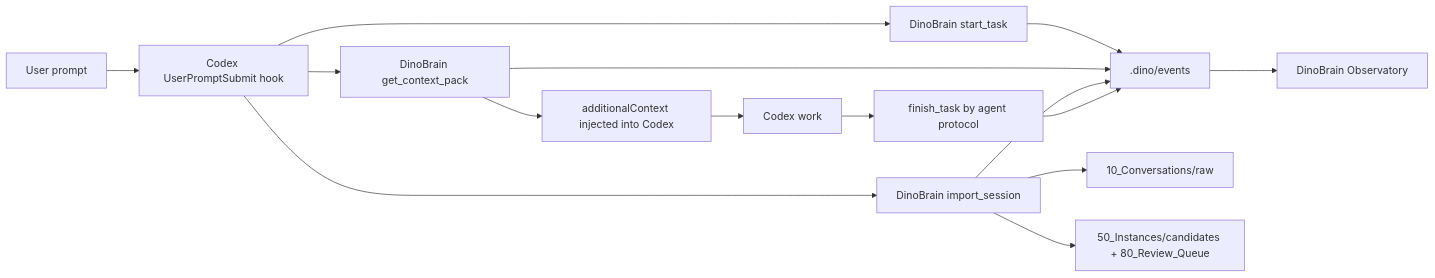
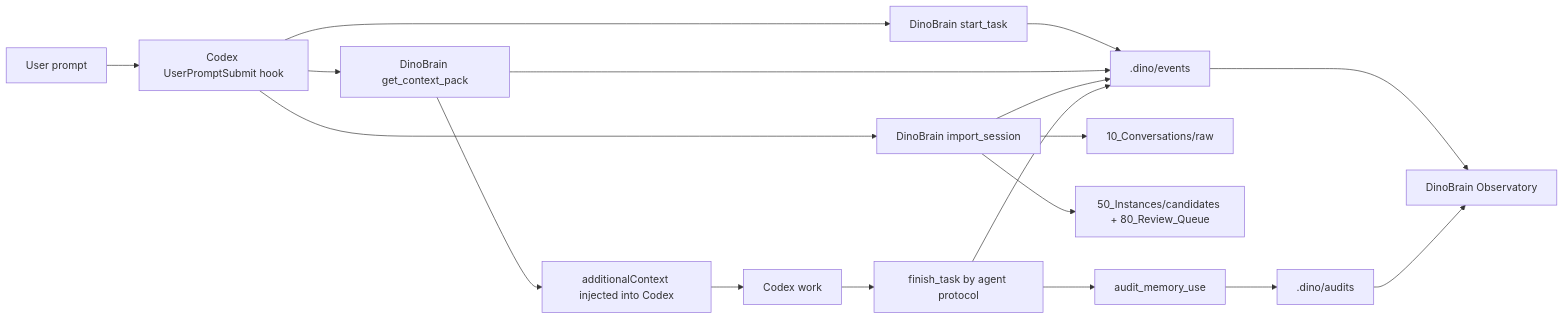
The diagram in docs/CODEX_HOOKS.md (clockmansy/dinobrain), drawn with Mermaid before and after one commit. The commit also changed other lines of this file and 16 other files, not shown here.

Commit message:
feat: add memory use audit

````diff
--- a/docs/CODEX_HOOKS.md
+++ b/docs/CODEX_HOOKS.md
@@ -12,17 +12,20 @@
 ```mermaid
 flowchart LR
   user["User prompt"] --> hook["Codex UserPromptSubmit hook"]
   hook --> start["DinoBrain start_task"]
   hook --> pack["DinoBrain get_context_pack"]
   hook --> ingest["DinoBrain import_session"]
   start --> events[".dino/events"]
   pack --> events
   ingest --> raw["10_Conversations/raw"]
   ingest --> review["50_Instances/candidates + 80_Review_Queue"]
   ingest --> events
   pack --> injected["additionalContext injected into Codex"]
   events --> observatory["DinoBrain Observatory"]
+  finish --> audit["audit_memory_use"]
+  audit --> audits[".dino/audits"]
+  audits --> observatory
   injected --> agent["Codex work"]
   agent --> finish["finish_task by agent protocol"]
   finish --> events
 ```
````
